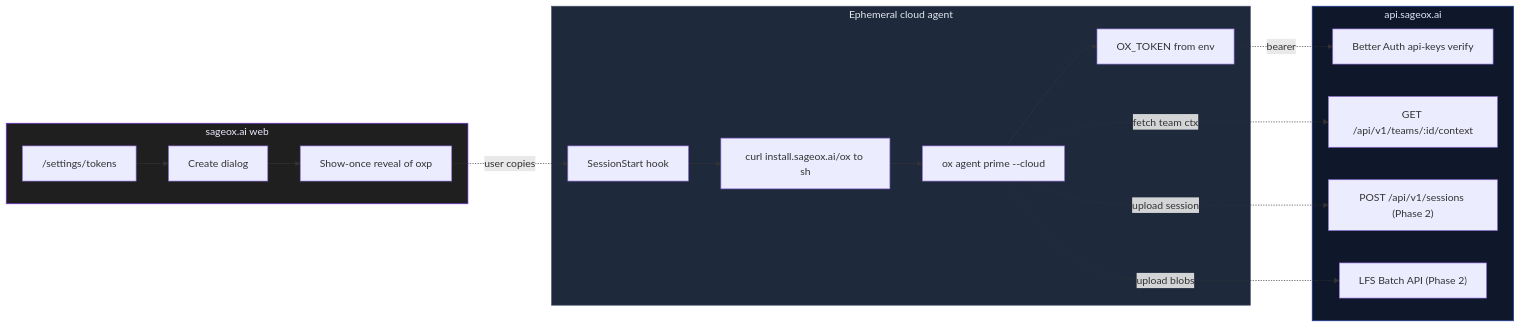
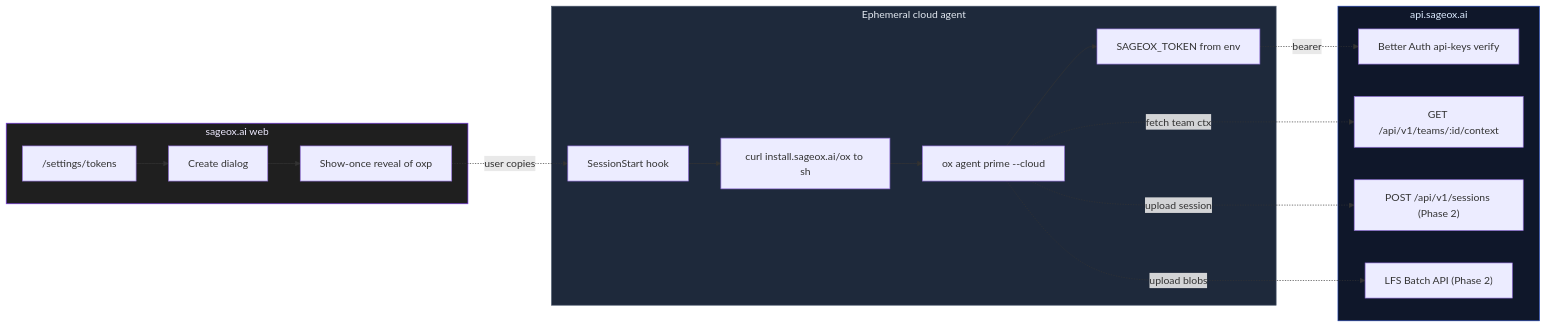
One commit to sageox/ox changed the diagram in docs/ai/adr/adr-ephemeral-mode.md. Above: the diagram before and after it, drawn with Mermaid. The commit also changed other lines of this file and 5 other files, not shown here.

````diff
--- a/docs/ai/adr/adr-ephemeral-mode.md
+++ b/docs/ai/adr/adr-ephemeral-mode.md
@@ -69,34 +73,34 @@
 ```mermaid
 flowchart LR
     subgraph Cloud["Ephemeral cloud agent"]
         SH["SessionStart hook"]
         IN["curl install.sageox.ai/ox to sh"]
         AP["ox agent prime --cloud"]
-        TK["OX_TOKEN from env"]
+        TK["SAGEOX_TOKEN from env"]
     end
 
     subgraph API["api.sageox.ai"]
         AK["Better Auth api-keys verify"]
         TC["GET /api/v1/teams/:id/context"]
         SU["POST /api/v1/sessions (Phase 2)"]
         LB["LFS Batch API (Phase 2)"]
     end
 
     subgraph Web["sageox.ai web"]
         TS["/settings/tokens"]
         CR["Create dialog"]
         RV["Show-once reveal of oxp"]
     end
 
     SH --> IN --> AP --> TK
     TK -. bearer .-> AK
     AP -. fetch team ctx .-> TC
     AP -. upload session .-> SU
     AP -. upload blobs .-> LB
     RV -. user copies .-> SH
     TS --> CR --> RV
 
     style Cloud fill:#1e293b,stroke:#475569,color:#e2e8f0
     style API fill:#0f172a,stroke:#1e40af,color:#dbeafe
     style Web fill:#1f1f1f,stroke:#7c3aed,color:#ede9fe
 ```
````
